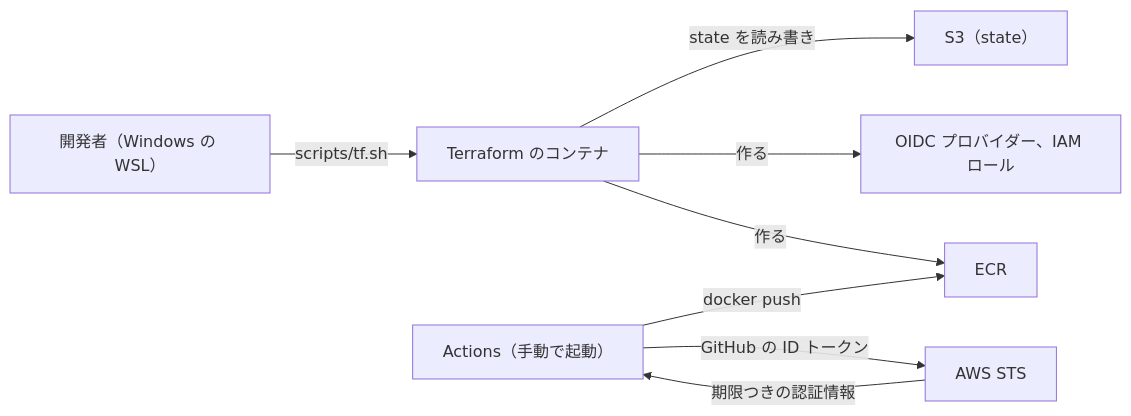
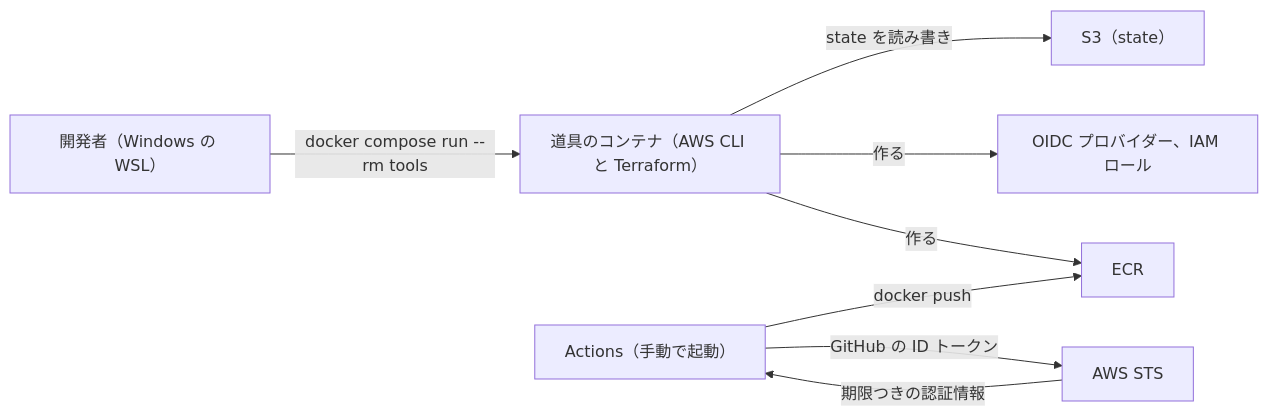
One commit to ht-0328/fullstack-lab changed the diagram in docs/design/0006-aws-foundation-and-ecr.md. Above: the diagram before and after it, drawn with Mermaid. The commit also changed other lines of this file and 16 other files, not shown here.

````diff
--- a/docs/design/0006-aws-foundation-and-ecr.md
+++ b/docs/design/0006-aws-foundation-and-ecr.md
@@ -51,10 +51,10 @@
 ```mermaid
 flowchart LR
-  dev["開発者（Windows の WSL）"] -->|"scripts/tf.sh"| tf["Terraform のコンテナ"]
+  dev["開発者（Windows の WSL）"] -->|"docker compose run --rm tools"| tf["道具のコンテナ（AWS CLI と Terraform）"]
   tf -->|"state を読み書き"| s3["S3（state）"]
   tf -->|"作る"| res["OIDC プロバイダー、IAM ロール"]
   tf -->|"作る"| ecr
   gh["Actions（手動で起動）"] -->|"GitHub の ID トークン"| sts["AWS STS"]
   sts -->|"期限つきの認証情報"| gh
   gh -->|"docker push"| ecr["ECR"]
 ```
````
